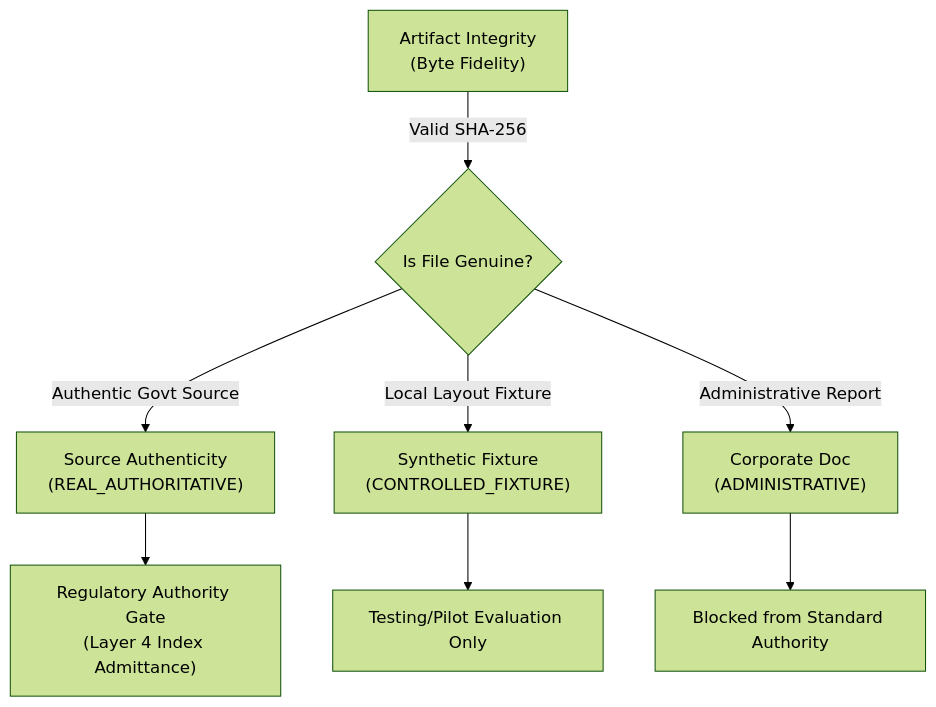
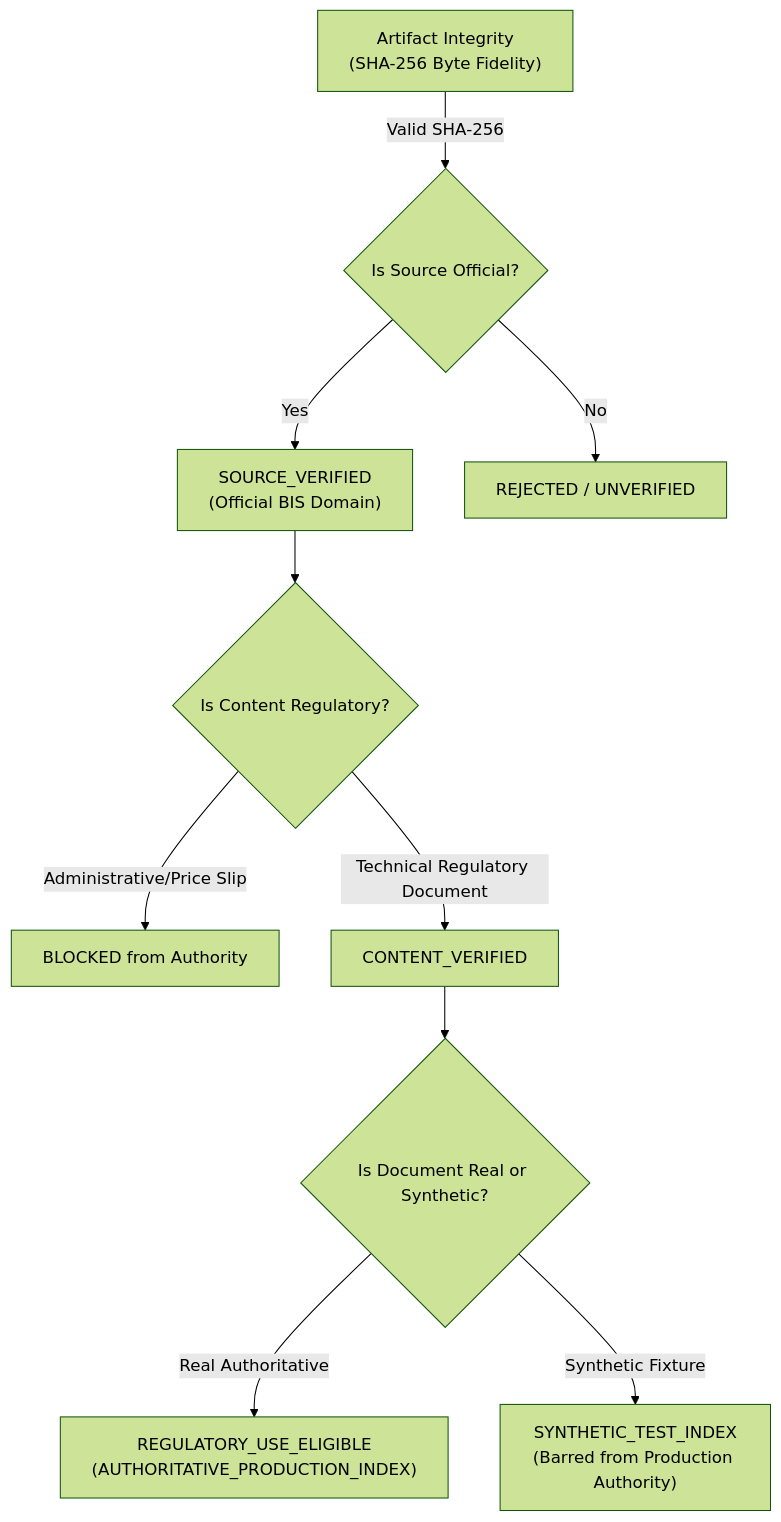
The second of 3 diagrams in docs/audit/M25_3_ACQUISITION_AUDIT.md (aid278129-cmd/GOAT), drawn with Mermaid (forest theme) before and after one commit. The commit also changed other lines of this file and 4 other files, not shown here.

Commit message:
fix(m25.3): harden authoritative index gate, separate synthetic test fixtures, and reconcile audit metrics

````diff
--- a/docs/audit/M25_3_ACQUISITION_AUDIT.md
+++ b/docs/audit/M25_3_ACQUISITION_AUDIT.md
@@ -106,10 +136,12 @@
 ```mermaid
 graph TD
-    A["Artifact Integrity<br/>(Byte Fidelity)"] -->|Valid SHA-256| B{"Is File Genuine?"}
-    B -->|Authentic Govt Source| C["Source Authenticity<br/>(REAL_AUTHORITATIVE)"]
-    B -->|Local Layout Fixture| D["Synthetic Fixture<br/>(CONTROLLED_FIXTURE)"]
-    B -->|Administrative Report| E["Corporate Doc<br/>(ADMINISTRATIVE)"]
-    C --> F["Regulatory Authority Gate<br/>(Layer 4 Index Admittance)"]
-    D --> G["Testing/Pilot Evaluation Only"]
-    E --> H["Blocked from Standard Authority"]
+    A["Artifact Integrity<br/>(SHA-256 Byte Fidelity)"] -->|Valid SHA-256| B{"Is Source Official?"}
+    B -->|Yes| C["SOURCE_VERIFIED<br/>(Official BIS Domain)"]
+    B -->|No| R1["REJECTED / UNVERIFIED"]
+    C --> D{"Is Content Regulatory?"}
+    D -->|Administrative/Price Slip| R2["BLOCKED from Authority"]
+    D -->|Technical Regulatory Document| E["CONTENT_VERIFIED"]
+    E --> F{"Is Document Real or Synthetic?"}
+    F -->|Real Authoritative| G["REGULATORY_USE_ELIGIBLE<br/>(AUTHORITATIVE_PRODUCTION_INDEX)"]
+    F -->|Synthetic Fixture| H["SYNTHETIC_TEST_INDEX<br/>(Barred from Production Authority)"]
 ```
````
